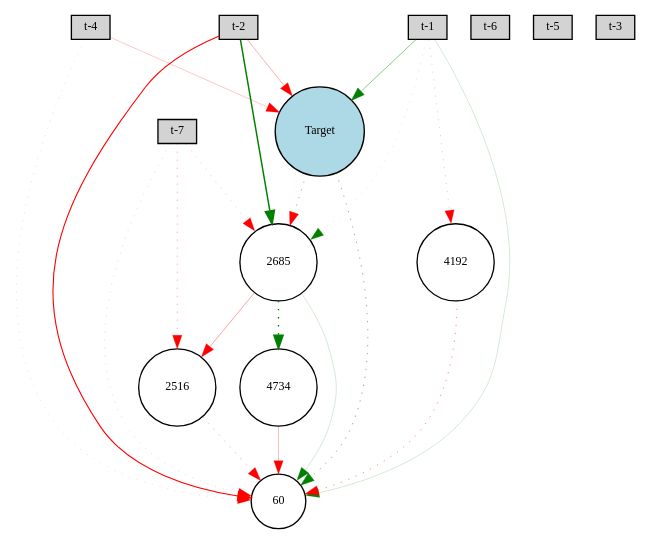
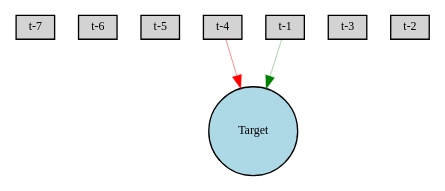
Before and after one commit to lafengxiaoyu/ENN: the diagram in lynx/Digraph.gv, drawn with Graphviz. The commit also changed 8 other files, not shown here.

```diff
--- a/lynx/Digraph.gv
+++ b/lynx/Digraph.gv
@@ -1,36 +1,13 @@
 digraph {
 	node [fontsize=9 height=0.2 shape=circle width=0.2]
 	"t-7" [fillcolor=lightgray shape=box style=filled]
 	"t-6" [fillcolor=lightgray shape=box style=filled]
 	"t-5" [fillcolor=lightgray shape=box style=filled]
 	"t-4" [fillcolor=lightgray shape=box style=filled]
 	"t-3" [fillcolor=lightgray shape=box style=filled]
 	"t-2" [fillcolor=lightgray shape=box style=filled]
 	"t-1" [fillcolor=lightgray shape=box style=filled]
 	Target [fillcolor=lightblue style=filled]
-	4192 [fillcolor=white style=filled]
-	2516 [fillcolor=white style=filled]
-	60 [fillcolor=white style=filled]
-	2685 [fillcolor=white style=filled]
-	4734 [fillcolor=white style=filled]
-	"t-7" -> 60 [color=red penwidth=0.13034931660645588 style=dotted]
-	"t-2" -> 60 [color=red penwidth=0.8271284733938301 style=solid]
-	"t-1" -> 60 [color=green penwidth=0.13301844843259014 style=solid]
-	"t-4" -> Target [color=red penwidth=0.17343410747757315 style=solid]
-	"t-1" -> Target [color=green penwidth=0.339091465487949 style=solid]
-	"t-7" -> 2516 [color=red penwidth=0.2630496038985005 style=dotted]
-	2516 -> 60 [color=red penwidth=0.27776733343630955 style=dotted]
-	"t-1" -> 2685 [color=green penwidth=0.10227628055601506 style=dotted]
-	2685 -> 60 [color=green penwidth=0.12783884952621996 style=solid]
-	"t-4" -> 60 [color=red penwidth=0.10404642714354259 style=dotted]
-	Target -> 60 [color=green penwidth=0.38103456548951986 style=dotted]
-	Target -> 2685 [color=red penwidth=0.34387333671103115 style=dotted]
-	"t-1" -> 4192 [color=red penwidth=0.17217821217165777 style=dotted]
-	4192 -> 60 [color=red penwidth=0.32813280634837005 style=dotted]
-	"t-2" -> 2685 [color=green penwidth=1.1 style=solid]
-	"t-7" -> 2685 [color=red penwidth=0.1474834504268817 style=dotted]
-	2685 -> 4734 [color=green penwidth=1.0429271458109974 style=dotted]
-	4734 -> 60 [color=red penwidth=0.2025546052090738 style=solid]
-	2685 -> 2516 [color=red penwidth=0.27508967102570014 style=solid]
-	"t-2" -> Target [color=red penwidth=0.24147492360602435 style=solid]
+	"t-4" -> Target [color=red penwidth=0.34608363957521127 style=solid]
+	"t-1" -> Target [color=green penwidth=0.24710208570951217 style=solid]
 }
```
